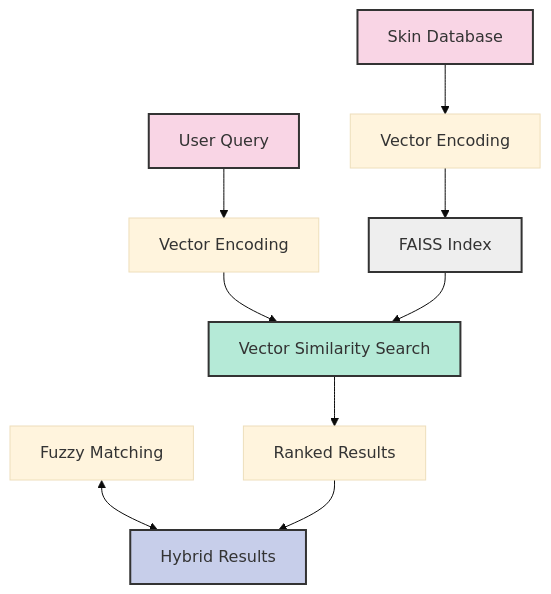
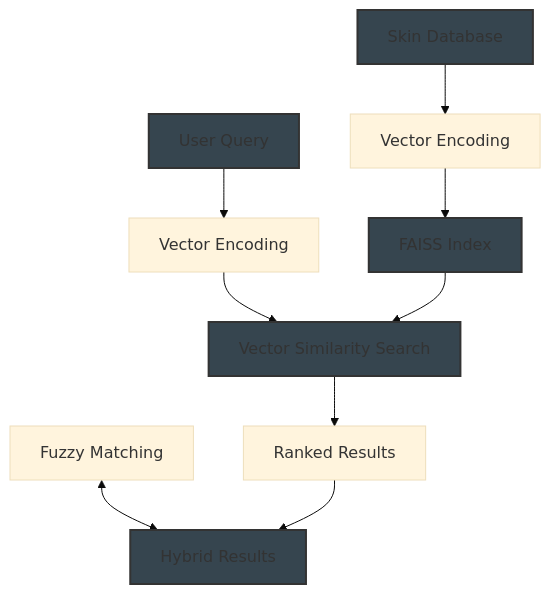
Before and after one commit to baasilali/2m-backend: the diagram in README.md, drawn with Mermaid (base theme).

````diff
--- a/README.md
+++ b/README.md
@@ -38,20 +38,20 @@
 ```mermaid
 graph TD
     A[Skin Database] --> B[Vector Encoding]
     B --> C[FAISS Index]
     
     D[User Query] --> E[Vector Encoding]
     E --> F[Vector Similarity Search]
     
     C --> F
     F --> G[Ranked Results]
     
     H[Fuzzy Matching] <--> I[Hybrid Results]
     G --> I
     
-    style A fill:#f9d5e5,stroke:#333,stroke-width:2px
-    style D fill:#f9d5e5,stroke:#333,stroke-width:2px
-    style C fill:#eeeeee,stroke:#333,stroke-width:2px
-    style F fill:#b5ead7,stroke:#333,stroke-width:2px
-    style I fill:#c7ceea,stroke:#333,stroke-width:2px
+    style A fill:#36454F,stroke:#333,stroke-width:2px
+    style D fill:#36454F,stroke:#333,stroke-width:2px
+    style C fill:#36454F,stroke:#333,stroke-width:2px
+    style F fill:#36454F,stroke:#333,stroke-width:2px
+    style I fill:#36454F,stroke:#333,stroke-width:2px
 ```
````
